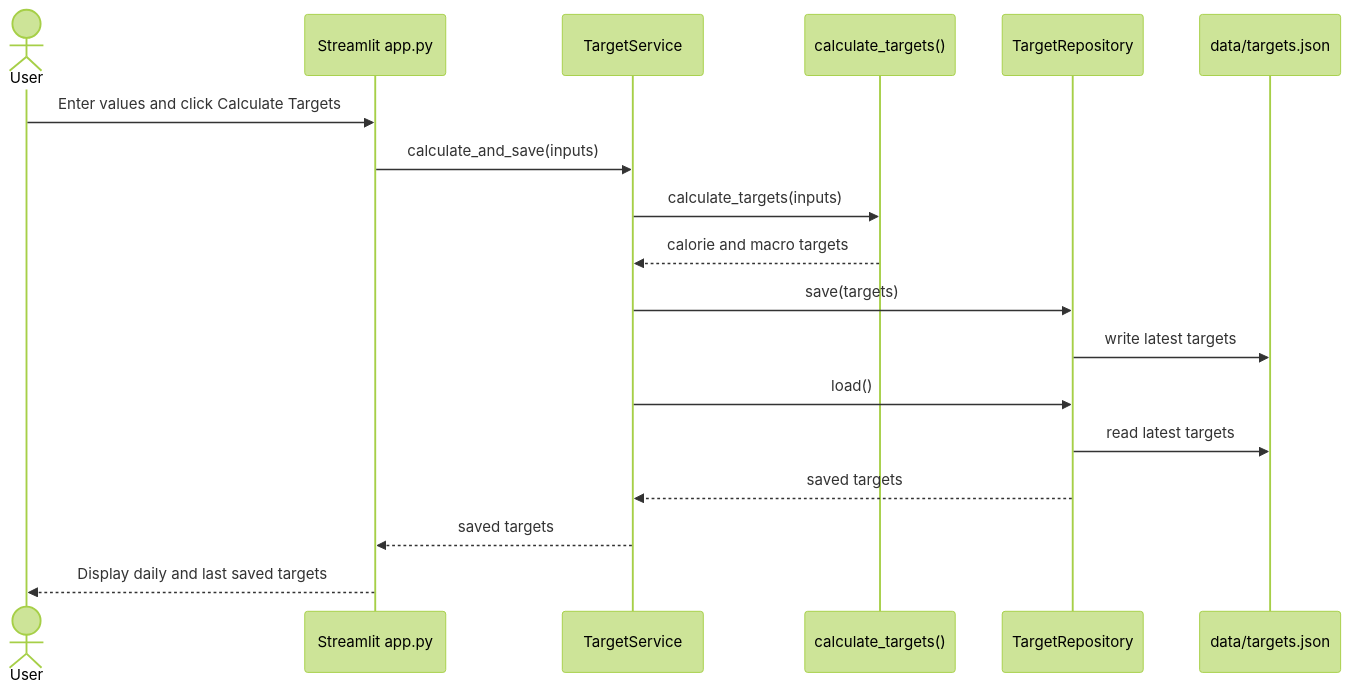
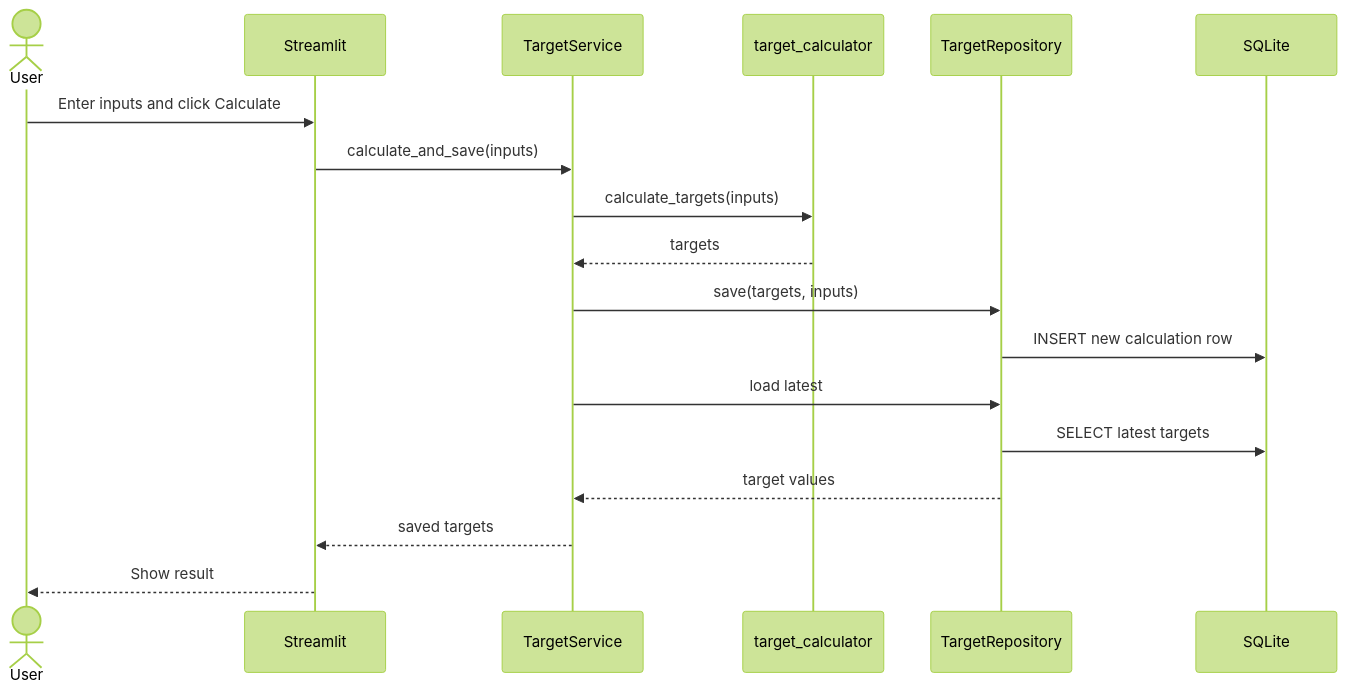
One commit to CMend137/cen5064-project-mendoza changed the third of 3 diagrams in README.md. Above: the diagram before and after it, drawn with Mermaid (forest theme). The commit also changed other lines of this file and 13 other files, not shown here.

Commit message:
feat: add SQLite persistence, CRUD, and Streamlit dashboard

````diff
--- a/README.md
+++ b/README.md
@@ -149,20 +126,20 @@
 ```mermaid
 sequenceDiagram
     actor User
-    participant UI as Streamlit app.py
+    participant UI as Streamlit
     participant Service as TargetService
-    participant Domain as calculate_targets()
+    participant Domain as target_calculator
     participant Repo as TargetRepository
-    participant File as data/targets.json
-    User->>UI: Enter values and click Calculate Targets
+    participant DB as SQLite
+    User->>UI: Enter inputs and click Calculate
     UI->>Service: calculate_and_save(inputs)
     Service->>Domain: calculate_targets(inputs)
-    Domain-->>Service: calorie and macro targets
-    Service->>Repo: save(targets)
-    Repo->>File: write latest targets
-    Service->>Repo: load()
-    Repo->>File: read latest targets
-    Repo-->>Service: saved targets
+    Domain-->>Service: targets
+    Service->>Repo: save(targets, inputs)
+    Repo->>DB: INSERT new calculation row
+    Service->>Repo: load latest
+    Repo->>DB: SELECT latest targets
+    Repo-->>Service: target values
     Service-->>UI: saved targets
-    UI-->>User: Display daily and last saved targets
+    UI-->>User: Show result
 ```
````
